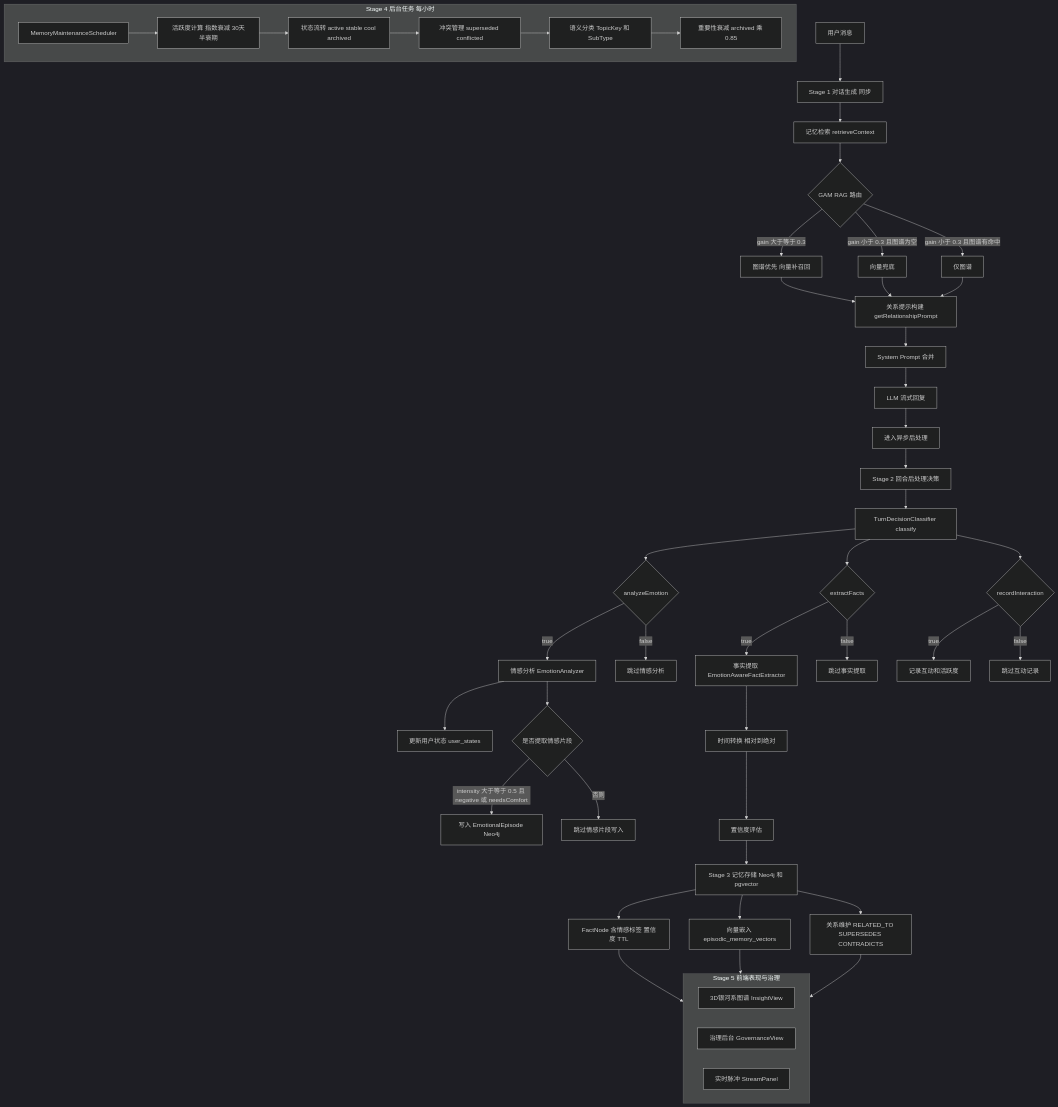
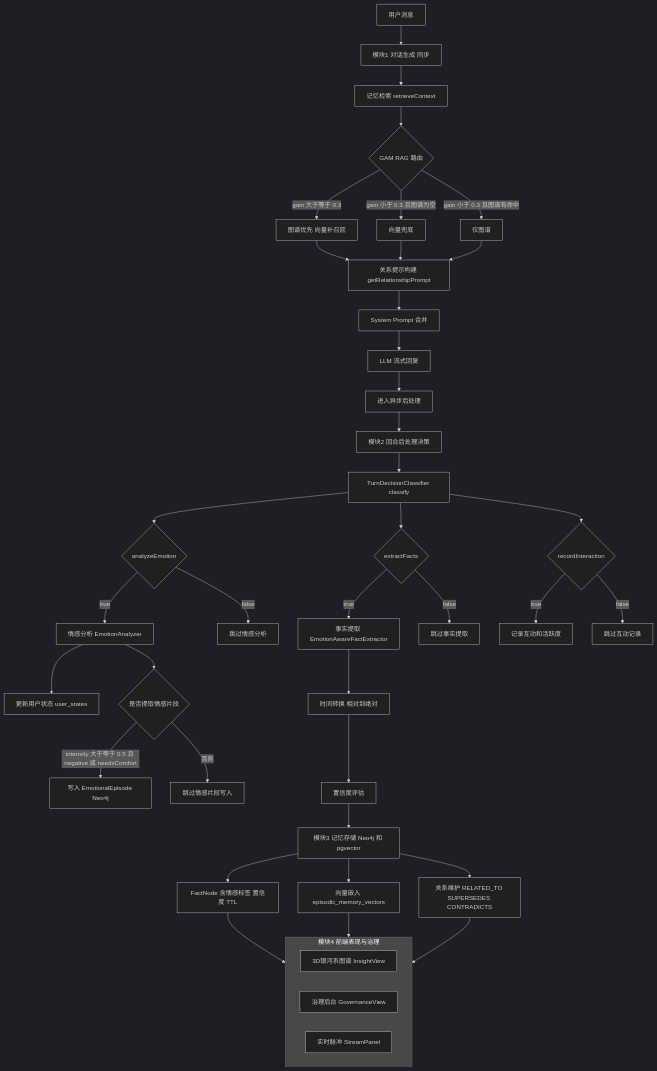
One commit to SailRuo/LingShu-AI changed the second of 4 diagrams in doc/architecture/记忆模块设计文档.md. Above: the diagram before and after it, drawn with Mermaid (dark theme). The commit also changed other lines of this file and 1 other file, not shown here.

````diff
--- a/doc/architecture/记忆模块设计文档.md
+++ b/doc/architecture/记忆模块设计文档.md
@@ -127,61 +130,51 @@
 ```mermaid
 flowchart TD
-    A["用户消息"] --> B["Stage 1 对话生成 同步"]
+    A["用户消息"] --> B["模块1 对话生成 同步"]
 
     B --> C["记忆检索 retrieveContext"]
     C --> D{"GAM RAG 路由"}
     D -->|gain 大于等于 0.3| E["图谱优先 向量补召回"]
     D -->|gain 小于 0.3 且图谱为空| F["向量兜底"]
     D -->|gain 小于 0.3 且图谱有命中| G["仅图谱"]
     E --> H["关系提示构建 getRelationshipPrompt"]
     F --> H
     G --> H
     H --> I["System Prompt 合并"]
     I --> J["LLM 流式回复"]
     J --> K["进入异步后处理"]
 
-    K --> L["Stage 2 回合后处理决策"]
+    K --> L["模块2 回合后处理决策"]
     L --> M["TurnDecisionClassifier classify"]
 
     M --> N{"analyzeEmotion"}
     N -->|true| O["情感分析 EmotionAnalyzer"]
     N -->|false| P["跳过情感分析"]
     O --> Q["更新用户状态 user_states"]
     O --> R{"是否提取情感片段"}
     R -->|intensity 大于等于 0.5 且 negative 或 needsComfort| S["写入 EmotionalEpisode Neo4j"]
     R -->|否则| T["跳过情感片段写入"]
 
     M --> U{"extractFacts"}
     U -->|true| V["事实提取 EmotionAwareFactExtractor"]
     U -->|false| W["跳过事实提取"]
     V --> X["时间转换 相对到绝对"]
     X --> Y["置信度评估"]
-    Y --> Z["Stage 3 记忆存储 Neo4j 和 pgvector"]
+    Y --> Z["模块3 记忆存储 Neo4j 和 pgvector"]
     Z --> ZA["FactNode 含情感标签 置信度 TTL"]
     Z --> ZB["向量嵌入 episodic_memory_vectors"]
     Z --> ZC["关系维护 RELATED_TO SUPERSEDES CONTRADICTS"]
 
     M --> ZD{"recordInteraction"}
     ZD -->|true| ZE["记录互动和活跃度"]
     ZD -->|false| ZF["跳过互动记录"]
 
-    subgraph G4["Stage 4 后台任务 每小时"]
-        G41["MemoryMaintenanceScheduler"]
-        G42["活跃度计算 指数衰减 30天半衰期"]
-        G43["状态流转 active stable cool archived"]
-        G44["冲突管理 superseded conflicted"]
-        G45["语义分类 TopicKey 和 SubType"]
-        G46["重要性衰减 archived 乘 0.85"]
-        G41 --> G42 --> G43 --> G44 --> G45 --> G46
-    end
-
-    subgraph G5["Stage 5 前端表现与治理"]
+    subgraph G5["模块4 前端表现与治理"]
         G51["3D银河系图谱 InsightView"]
         G52["治理后台 GovernanceView"]
         G53["实时脉冲 StreamPanel"]
     end
 
     ZA --> G5
     ZB --> G5
     ZC --> G5
 ```
````
